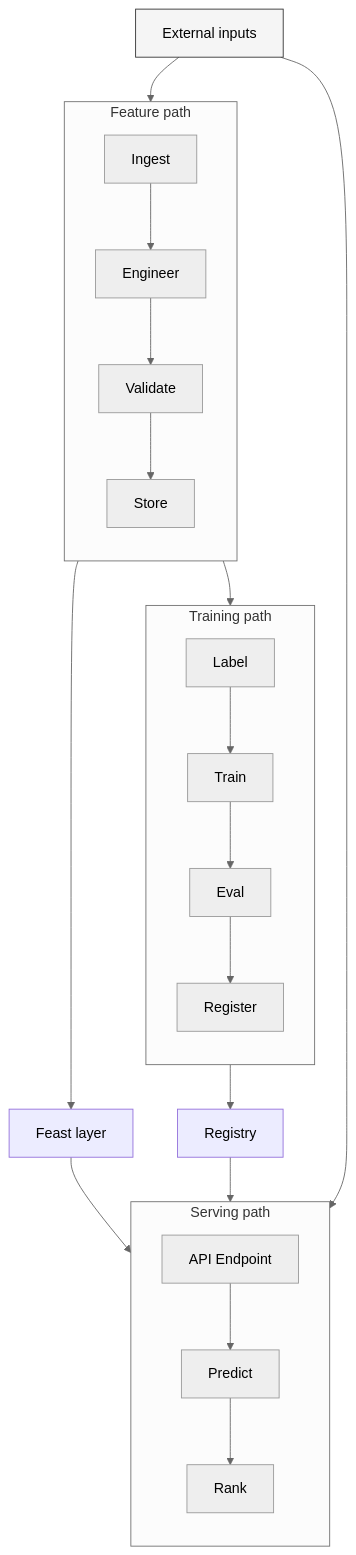
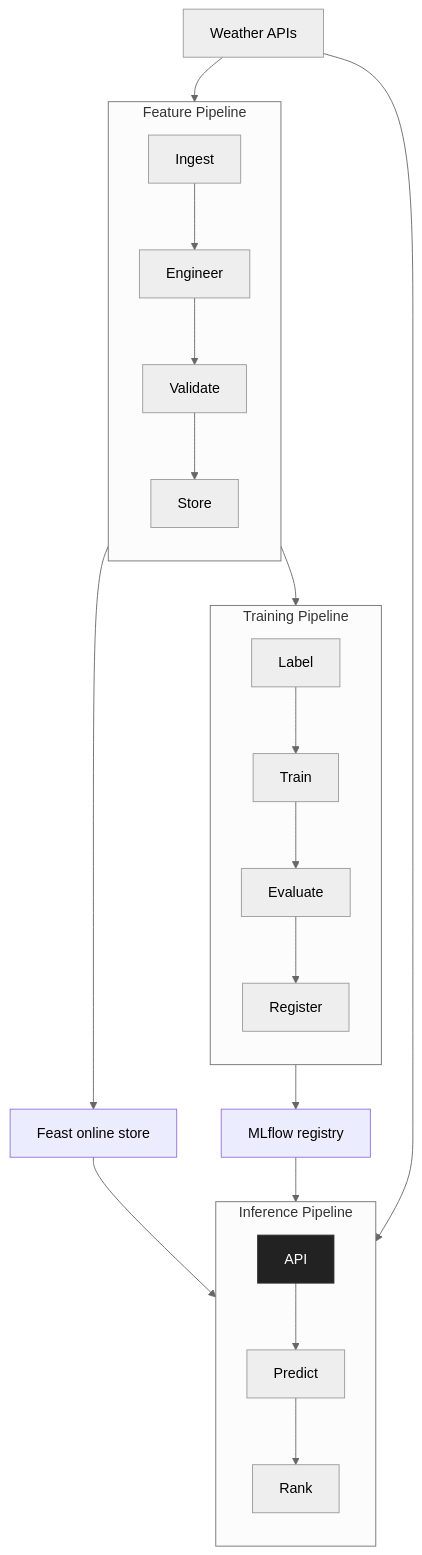
Before and after one commit to javihslu/foehncast: the first of 4 diagrams in docs/site/system/architecture.md, drawn with Mermaid (neutral theme). The commit also changed other lines of this file and 6 other files, not shown here.

```diff
--- a/docs/site/system/architecture.md
+++ b/docs/site/system/architecture.md
@@ -14,37 +7,35 @@
 <div class="mermaid">
 flowchart TD
-    %% Styling
-    classDef cloud fill:#f5f5f5,stroke:#333
     classDef pipe fill:#e1f5fe,stroke:#01579b
     classDef store fill:#ececff,stroke:#9370db
     classDef app fill:#222,stroke:#333,color:#fff
 
-    EXT["External inputs"]:::cloud
+    EXT["Weather APIs"]
 
-    subgraph FeatureP ["Feature path"]
+    subgraph Feature ["Feature Pipeline"]
         direction TB
         ING[Ingest] --> ENG[Engineer] --> VAL[Validate] --> STO[Store]
     end
 
-    subgraph TrainingP ["Training path"]
+    subgraph Training ["Training Pipeline"]
         direction TB
-        LAB[Label] --> TRN[Train] --> EVAL[Eval] --> REG[Register]
+        LAB[Label] --> TRN[Train] --> EVAL[Evaluate] --> REG[Register]
     end
 
-    subgraph InferenceP ["Serving path"]
+    subgraph Inference ["Inference Pipeline"]
         direction TB
-        API[API Endpoint] --> PRED[Predict] --> RANK[Rank]
+        API[API]:::app --> PRED[Predict] --> RANK[Rank]
     end
 
-    FEAST["Feast layer"]:::store
-    MLF["Registry"]:::store
+    FEAST["Feast online store"]:::store
+    MLF["MLflow registry"]:::store
 
     EXT --> ING
     STO --> LAB
     STO --> FEAST
     REG --> MLF
 
     FEAST --> API
     MLF --> API
     EXT --> API
 </div>
```
